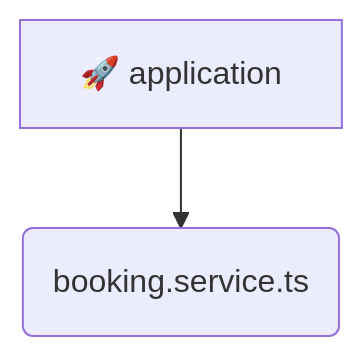
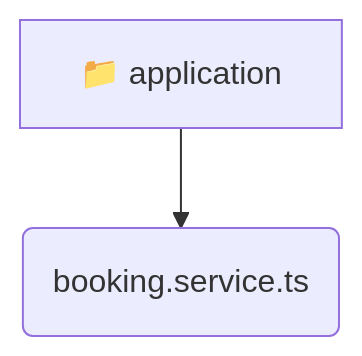
The diagram in backend/src/modules/booking/application/README.md (beginwebdev2002/fullstack-mavluda), drawn with Mermaid before and after one commit. The commit also changed other lines of this file and 155 other files, not shown here.

````diff
--- a/backend/src/modules/booking/application/README.md
+++ b/backend/src/modules/booking/application/README.md
@@ -9,5 +9,5 @@
 ```mermaid
 graph TD
-  application[🚀 application]
-  application --> booking_service_ts(booking.service.ts)
+  application[📁 application]
+  application --> application_booking_service_ts(booking.service.ts)
 ```
````
